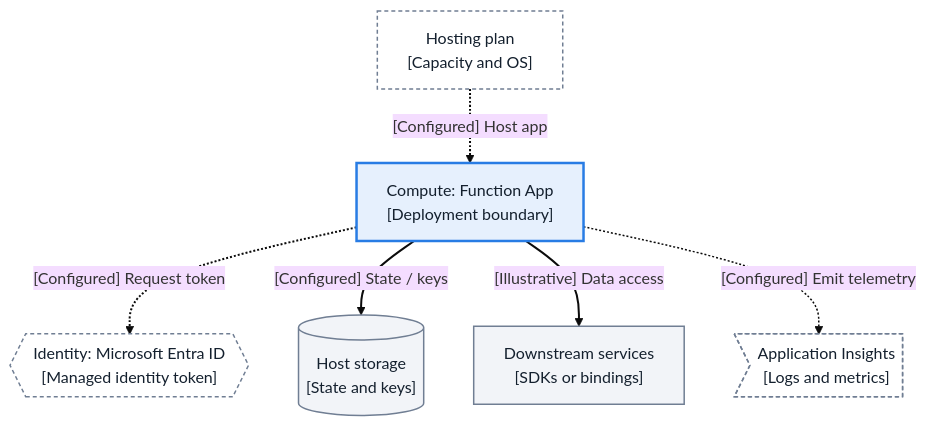
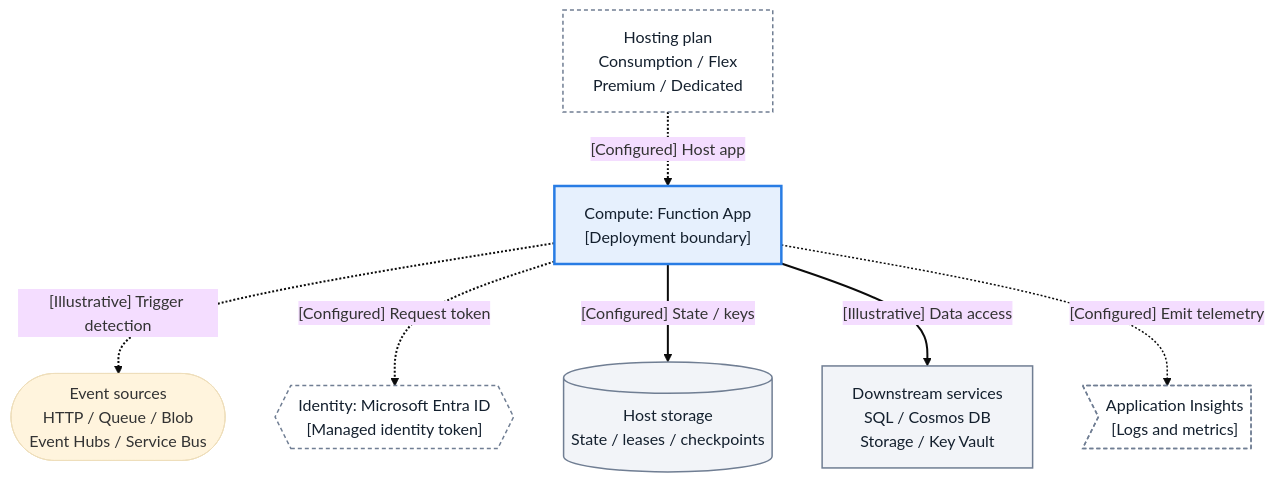
Before and after one commit to yeongseon/azure-functions-practical-guide: the fifth of 8 diagrams in docs/platform/architecture/index.md, drawn with Mermaid (base theme). The commit also changed other lines of this file, not shown here.

First line of the commit message:
docs(diagrams): restore general architecture and invocation scope

````diff
--- a/docs/platform/architecture/index.md
+++ b/docs/platform/architecture/index.md
@@ -342,24 +373,26 @@
 ```mermaid
 flowchart TD
     accTitle: Which resources does a Function App use?
-    accDescr: Function App resource relationships separate hosting configuration, identity token acquisition, storage and downstream data access, and off-path monitoring. Managed identity is a configured option, not a mandatory resource for every trigger.
-    hosting_plan["Hosting plan<br/>[Capacity and OS]"]
+    accDescr: Function App incoming sources include HTTP, Queue, Blob, Event Hubs and Service Bus. Hosting, optional managed identity, host storage, downstream SQL, Cosmos DB, Storage and Key Vault, and telemetry are distinct logical relationships, not universal HTTP transport or direct network token acquisition from Entra ID.
+    client(["Event sources<br/>HTTP / Queue / Blob<br/>Event Hubs / Service Bus"])
+    hosting_plan["Hosting plan<br/>Consumption / Flex<br/>Premium / Dedicated"]
     app_runtime["Compute: Function App<br/>[Deployment boundary]"]
     identity{{"Identity: Microsoft Entra ID<br/>[Managed identity token]"}}
-    storage_db[("Host storage<br/>[State and keys]")]
-    dependency["Downstream services<br/>[SDKs or bindings]"]
+    storage_db[("Host storage<br/>State / leases / checkpoints")]
+    dependency["Downstream services<br/>SQL / Cosmos DB<br/>Storage / Key Vault"]
     telemetry>"Application Insights<br/>[Logs and metrics]"]
     hosting_plan -.->|"[Configured] Host app"| app_runtime
+    app_runtime -.->|"[Illustrative] Trigger detection"| client
     app_runtime -.->|"[Configured] Request token"| identity
     app_runtime -->|"[Configured] State / keys"| storage_db
     app_runtime -->|"[Illustrative] Data access"| dependency
     app_runtime -.->|"[Configured] Emit telemetry"| telemetry
     classDef baseNeutral fill:#f2f4f8,stroke:#707e93,stroke-width:1.5px,color:#14202e;
     classDef focusActive fill:#e6f0fd,stroke:#287ce4,stroke-width:2.5px,color:#14202e;
     classDef bandMuted fill:#ffffff,stroke:#707e93,stroke-width:1.5px,stroke-dasharray:4 3,color:#14202e;
     class storage_db,dependency baseNeutral;
     class app_runtime focusActive;
     class hosting_plan,identity,telemetry bandMuted;
     linkStyle default stroke-width:2px;
-    linkStyle 4 stroke-width:1.5px;
+    linkStyle 5 stroke-width:1.5px;
 ```
````
